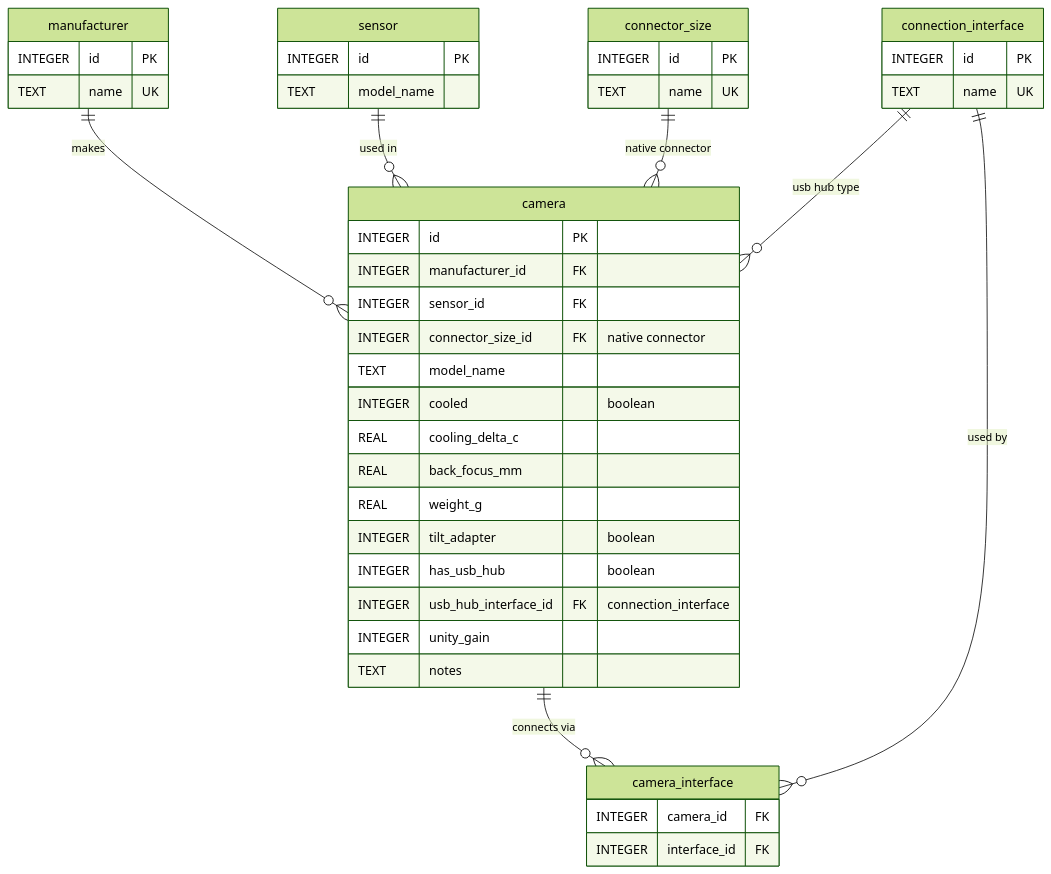
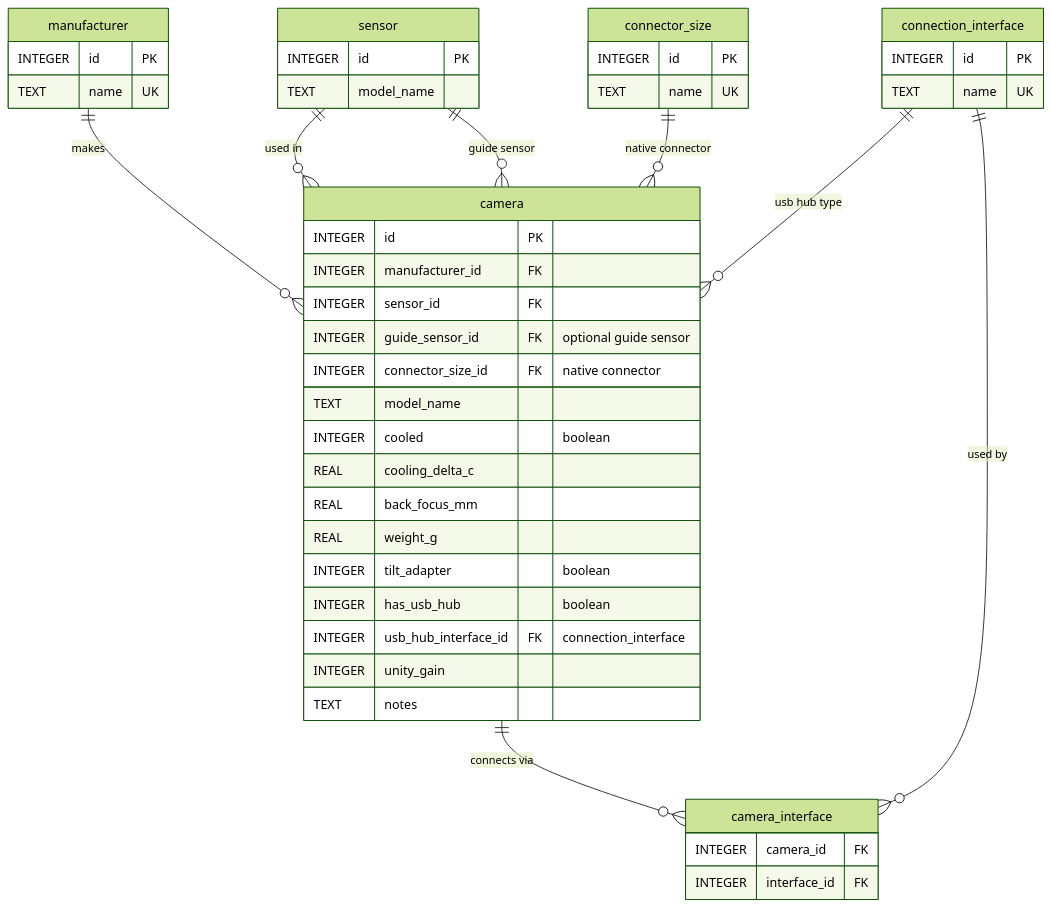
The fourth of 12 diagrams in DB_SCHEMA.md (fbaptiste/nightcrate), drawn with Mermaid (forest theme) before and after one commit. The commit also changed 2 other files, not shown here.

Commit message:
feat: add guide_sensor_id to camera table (migration 0006)

````diff
--- a/DB_SCHEMA.md
+++ b/DB_SCHEMA.md
@@ -168,51 +168,53 @@
 ```mermaid
 erDiagram
     manufacturer {
         INTEGER id PK
         TEXT name UK
     }
 
     sensor {
         INTEGER id PK
         TEXT model_name
     }
 
     connector_size {
         INTEGER id PK
         TEXT name UK
     }
 
     connection_interface {
         INTEGER id PK
         TEXT name UK
     }
 
     camera {
         INTEGER id PK
         INTEGER manufacturer_id FK
         INTEGER sensor_id FK
+        INTEGER guide_sensor_id FK "optional guide sensor"
         INTEGER connector_size_id FK "native connector"
         TEXT model_name
         INTEGER cooled "boolean"
         REAL cooling_delta_c
         REAL back_focus_mm
         REAL weight_g
         INTEGER tilt_adapter "boolean"
         INTEGER has_usb_hub "boolean"
         INTEGER usb_hub_interface_id FK "connection_interface"
         INTEGER unity_gain
         TEXT notes
     }
 
     camera_interface {
         INTEGER camera_id FK
         INTEGER interface_id FK
     }
 
     manufacturer ||--o{ camera : "makes"
     sensor ||--o{ camera : "used in"
+    sensor ||--o{ camera : "guide sensor"
     connector_size ||--o{ camera : "native connector"
     connection_interface ||--o{ camera : "usb hub type"
     camera ||--o{ camera_interface : "connects via"
     connection_interface ||--o{ camera_interface : "used by"
 ```
````
